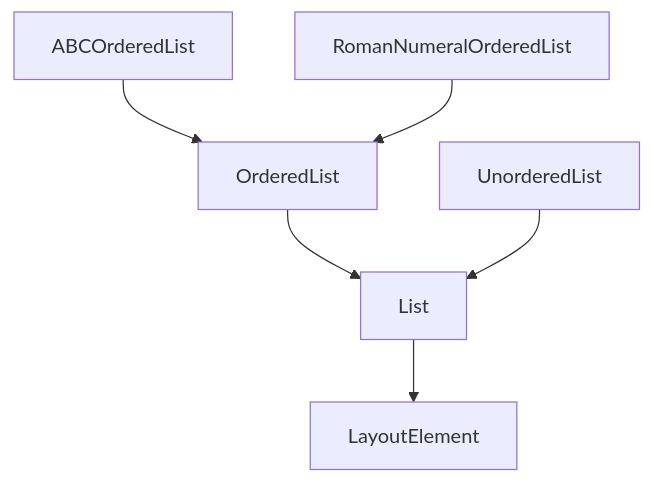
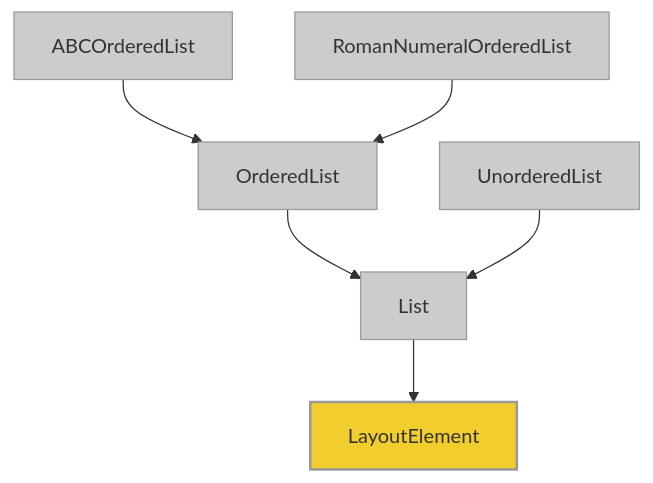
Before and after one commit to jorisschellekens/borb-examples: the first of 2 diagrams in 06/README.md, drawn with Mermaid.

````diff
--- a/06/README.md
+++ b/06/README.md
@@ -14,9 +14,17 @@
 ```mermaid
 graph TD
     LayoutElement
     List --> LayoutElement
     OrderedList --> List
     UnorderedList --> List
     ABCOrderedList --> OrderedList
     RomanNumeralOrderedList --> OrderedList
+
+    %% Define classes
+    classDef gray fill:#ccc,stroke:#999,stroke-width:1px;
+    classDef highlight fill:#F1CD2E,stroke:#999,stroke-width:2px;
+
+    %% Assign classes
+    class LayoutElement highlight;
+    class List,OrderedList,UnorderedList,ABCOrderedList,RomanNumeralOrderedList gray;
 ```
````
